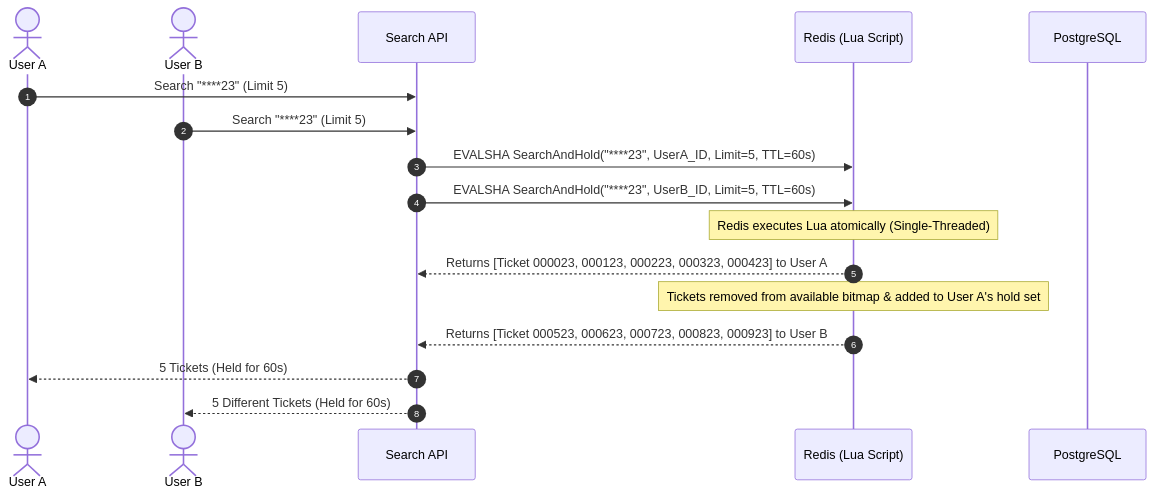
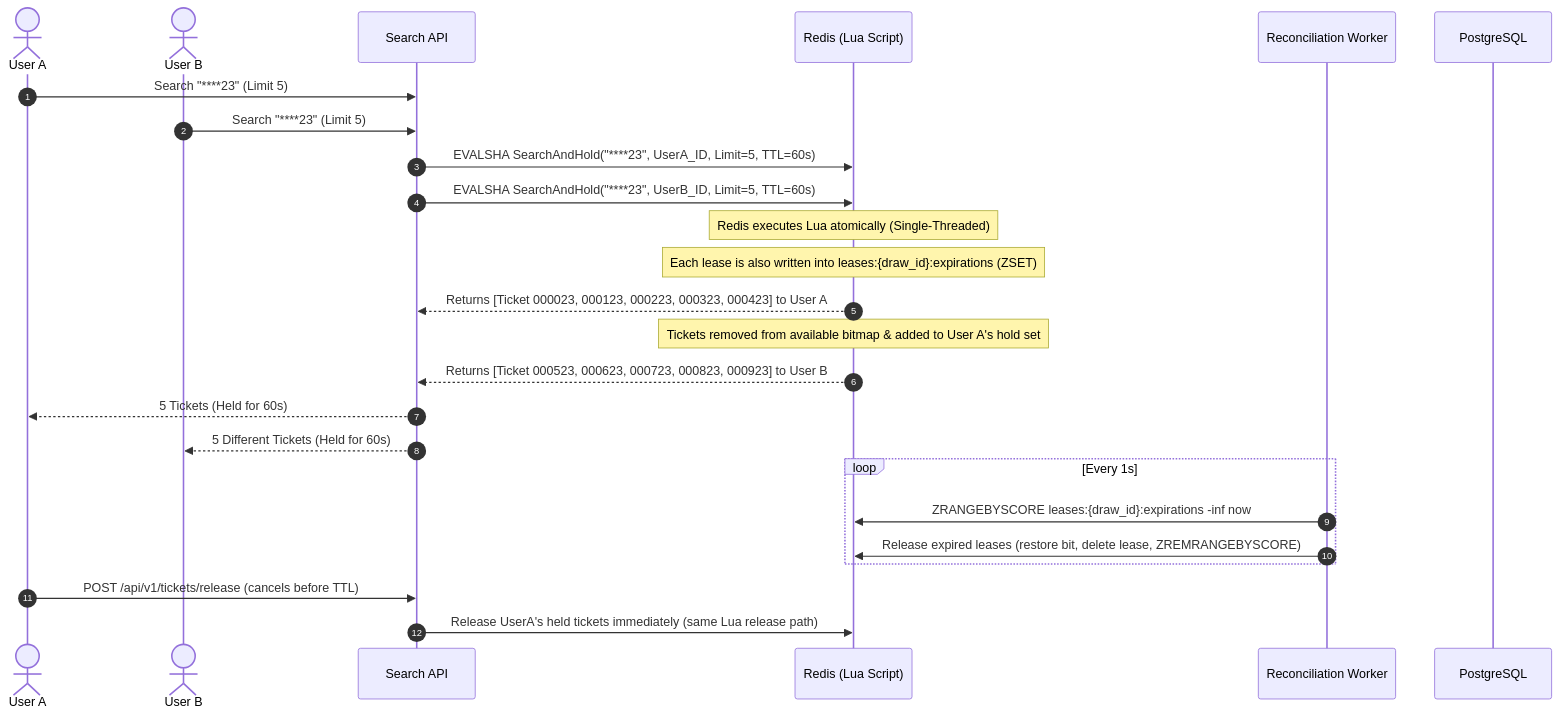
Before and after one commit to Thapanut/UserManagement: the diagram in LOTTERY_SEARCH_DESIGN.md, drawn with Mermaid. The commit also changed other lines of this file and 7 other files, not shown here.

````diff
--- a/LOTTERY_SEARCH_DESIGN.md
+++ b/LOTTERY_SEARCH_DESIGN.md
@@ -108,23 +113,33 @@
 ```mermaid
 sequenceDiagram
     autonumber
     actor UserA as User A
     actor UserB as User B
     participant API as Search API
     participant Redis as Redis (Lua Script)
+    participant Reaper as Reconciliation Worker
     participant PG as PostgreSQL
 
     UserA->>API: Search "****23" (Limit 5)
     UserB->>API: Search "****23" (Limit 5)
 
     API->>Redis: EVALSHA SearchAndHold("****23", UserA_ID, Limit=5, TTL=60s)
     API->>Redis: EVALSHA SearchAndHold("****23", UserB_ID, Limit=5, TTL=60s)
 
     Note over Redis: Redis executes Lua atomically (Single-Threaded)
+    Note over Redis: Each lease is also written into leases:{draw_id}:expirations (ZSET)
     Redis-->>API: Returns [Ticket 000023, 000123, 000223, 000323, 000423] to User A
     Note over Redis: Tickets removed from available bitmap & added to User A's hold set
     Redis-->>API: Returns [Ticket 000523, 000623, 000723, 000823, 000923] to User B
 
     API-->>UserA: 5 Tickets (Held for 60s)
     API-->>UserB: 5 Different Tickets (Held for 60s)
+
+    loop Every 1s
+        Reaper->>Redis: ZRANGEBYSCORE leases:{draw_id}:expirations -inf now
+        Reaper->>Redis: Release expired leases (restore bit, delete lease, ZREMRANGEBYSCORE)
+    end
+
+    UserA->>API: POST /api/v1/tickets/release (cancels before TTL)
+    API->>Redis: Release UserA's held tickets immediately (same Lua release path)
 ```
````
